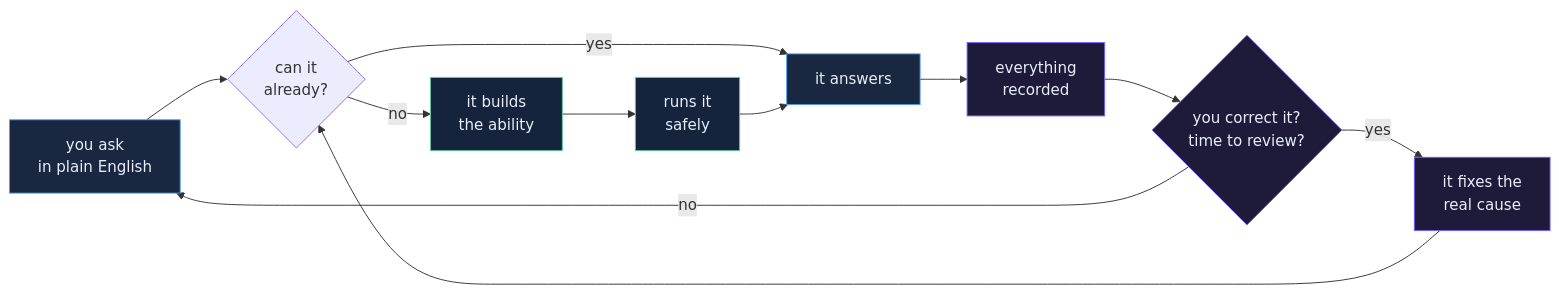
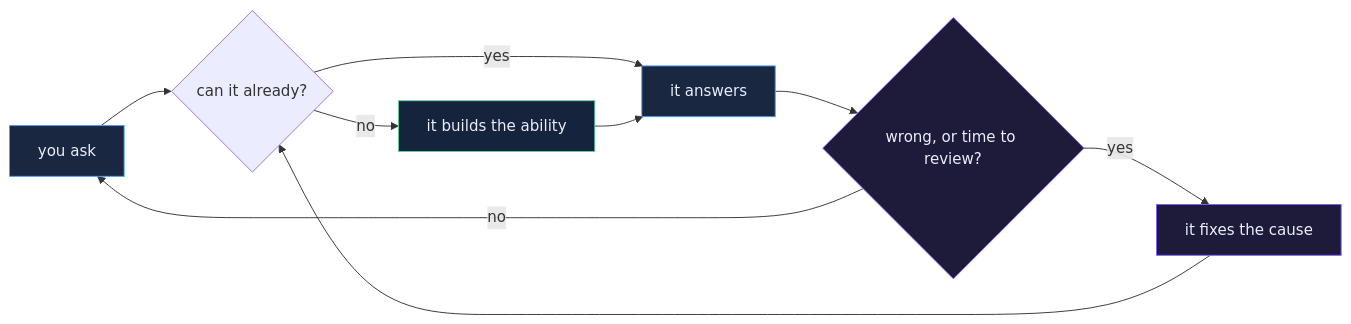
Before and after one commit to joshuamschultz/simple-agent: the first of 3 diagrams in README.md, drawn with Mermaid. The commit also changed other lines of this file, not shown here.

First line of the commit message:
docs: compact mermaid diagrams

````diff
--- a/README.md
+++ b/README.md
@@ -60,20 +60,18 @@
 ```mermaid
 flowchart LR
-    A["you ask<br/>in plain English"] --> B{"can it<br/>already?"}
+    A["you ask"] --> B{"can it already?"}
     B -->|yes| F["it answers"]
-    B -->|no| C["it builds<br/>the ability"]
-    C --> D["runs it<br/>safely"]
-    D --> F
-    F --> G["everything<br/>recorded"]
-    G --> H{"you correct it?<br/>time to review?"}
-    H -->|yes| I["it fixes the<br/>real cause"]
+    B -->|no| C["it builds the ability"]
+    C --> F
+    F --> H{"wrong, or time to review?"}
+    H -->|yes| I["it fixes the cause"]
     I --> B
     H -->|no| A
 
     classDef ask fill:#1a2740,stroke:#4f9cf9,color:#e8eefc
     classDef make fill:#16233c,stroke:#63d19e,color:#e8eefc
     classDef learn fill:#1e1a3a,stroke:#7c5cff,color:#e8eefc
     class A,F ask
-    class C,D make
-    class G,H,I learn
+    class C make
+    class H,I learn
 ```
````
